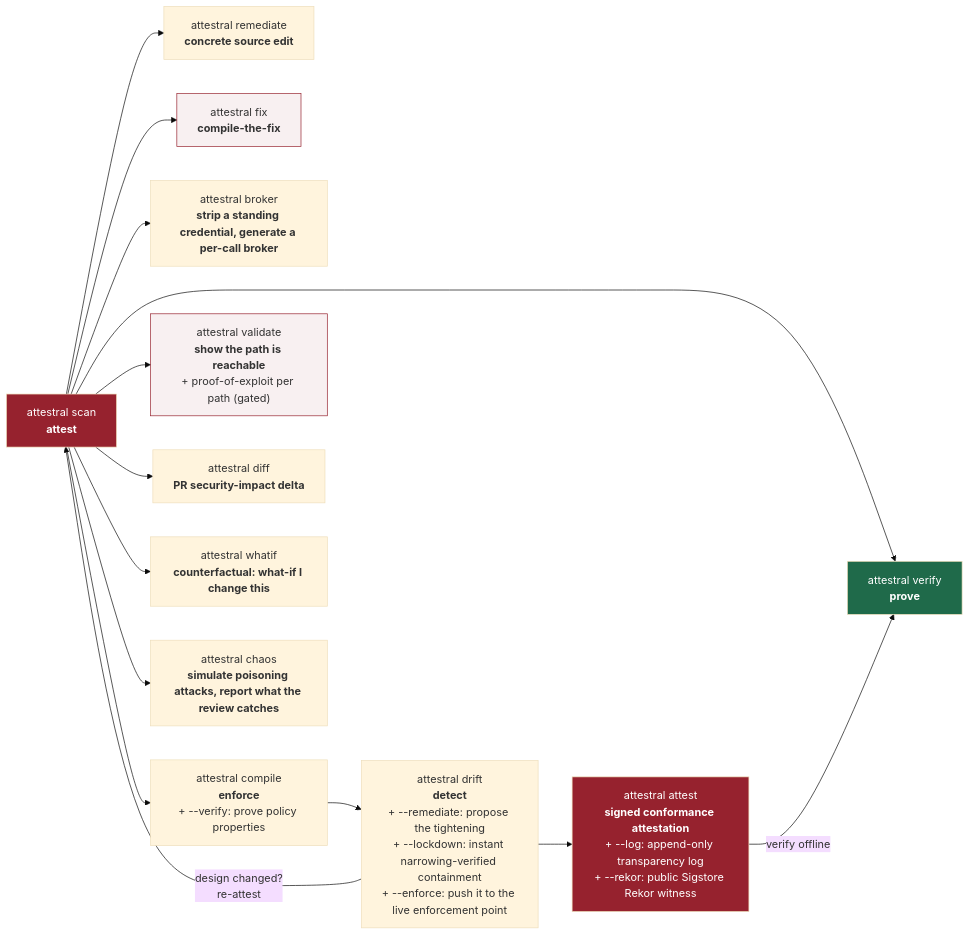
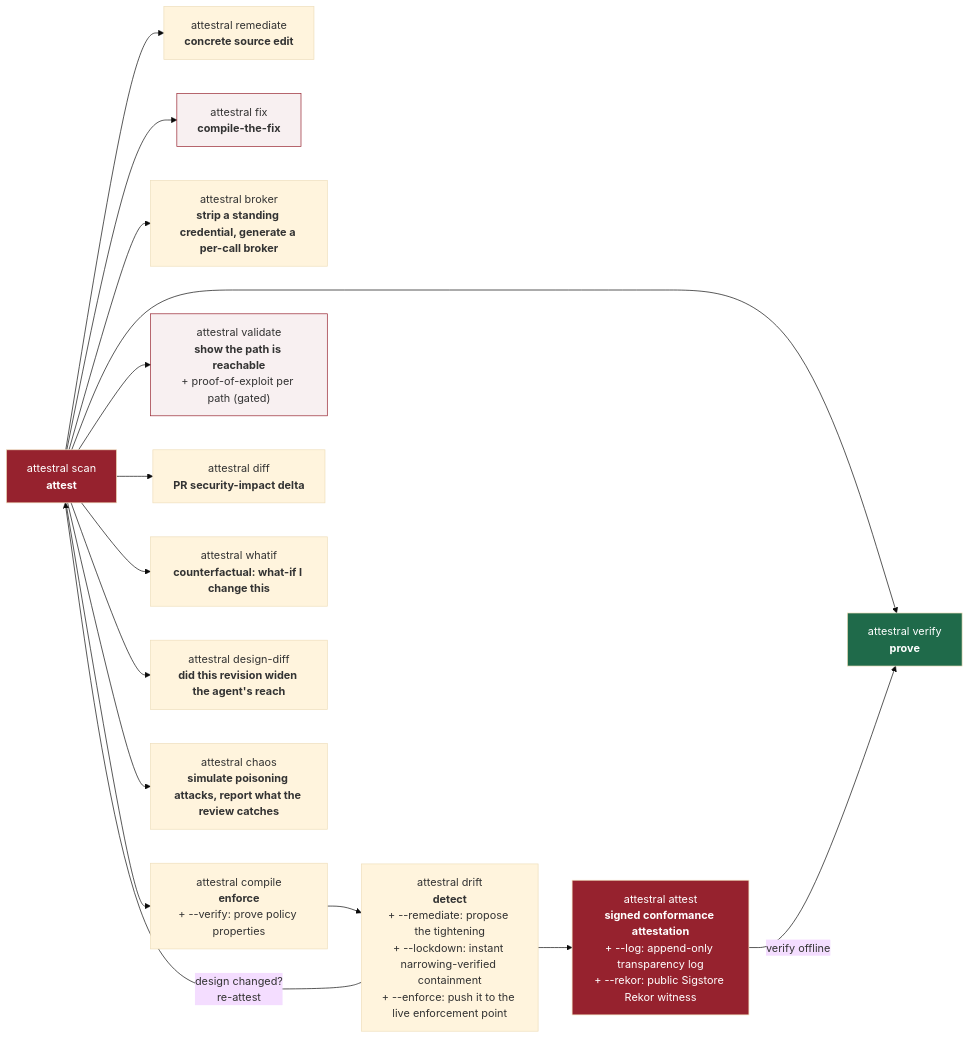
The second of 4 diagrams in README.md (attestral-labs/attestral), drawn with Mermaid (base theme) before and after one commit. The commit also changed other lines of this file and 3 other files, not shown here.

First line of the commit message:
docs+site: document design-diff (mermaid node, usage, diagram keyword, layout)

````diff
--- a/README.md
+++ b/README.md
@@ -287,21 +287,22 @@
 ```mermaid
 flowchart LR
     A["attestral scan<br/><b>attest</b>"] --> B["attestral verify<br/><b>prove</b>"]
     A --> R["attestral remediate<br/><b>concrete source edit</b>"]
     A --> F["attestral fix<br/><b>compile-the-fix</b>"]
     A --> BR["attestral broker<br/><b>strip a standing credential, generate a per-call broker</b>"]
     A --> C["attestral compile<br/><b>enforce</b><br/>+ --verify: prove policy properties"]
     C --> D["attestral drift<br/><b>detect</b><br/>+ --remediate: propose the tightening<br/>+ --lockdown: instant narrowing-verified containment<br/>+ --enforce: push it to the live enforcement point"]
     D --> AT["attestral attest<br/><b>signed conformance attestation</b><br/>+ --log: append-only transparency log<br/>+ --rekor: public Sigstore Rekor witness"]
     AT -->|"verify offline"| B
     D -->|"design changed?<br/>re-attest"| A
     A --> V["attestral validate<br/><b>show the path is reachable</b><br/>+ proof-of-exploit per path (gated)"]
     A --> DF["attestral diff<br/><b>PR security-impact delta</b>"]
     A --> WI["attestral whatif<br/><b>counterfactual: what-if I change this</b>"]
+    A --> DD["attestral design-diff<br/><b>did this revision widen the agent's reach</b>"]
     A --> CH["attestral chaos<br/><b>simulate poisoning attacks, report what the review catches</b>"]
     style A fill:#96222E,color:#fff
     style B fill:#1F6A4A,color:#fff
     style F fill:#96222E11,stroke:#96222E
     style V fill:#96222E11,stroke:#96222E
     style AT fill:#96222E,color:#fff
 ```
````
